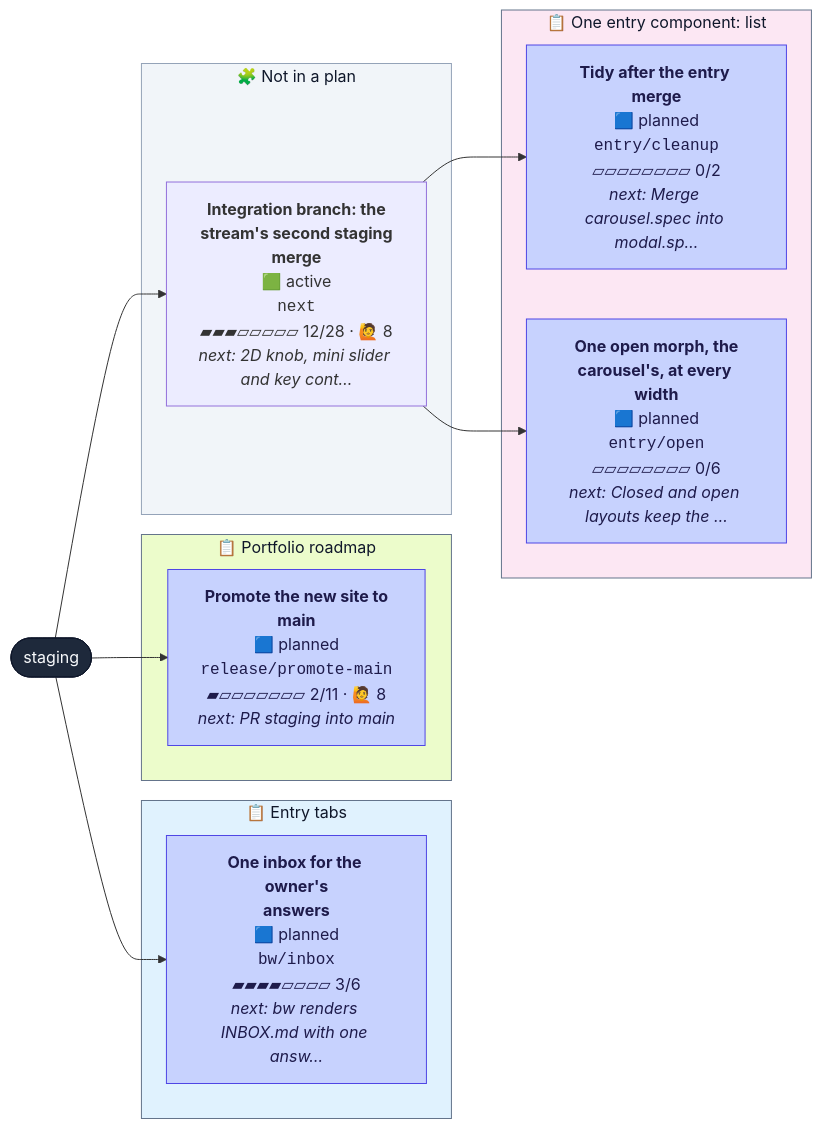
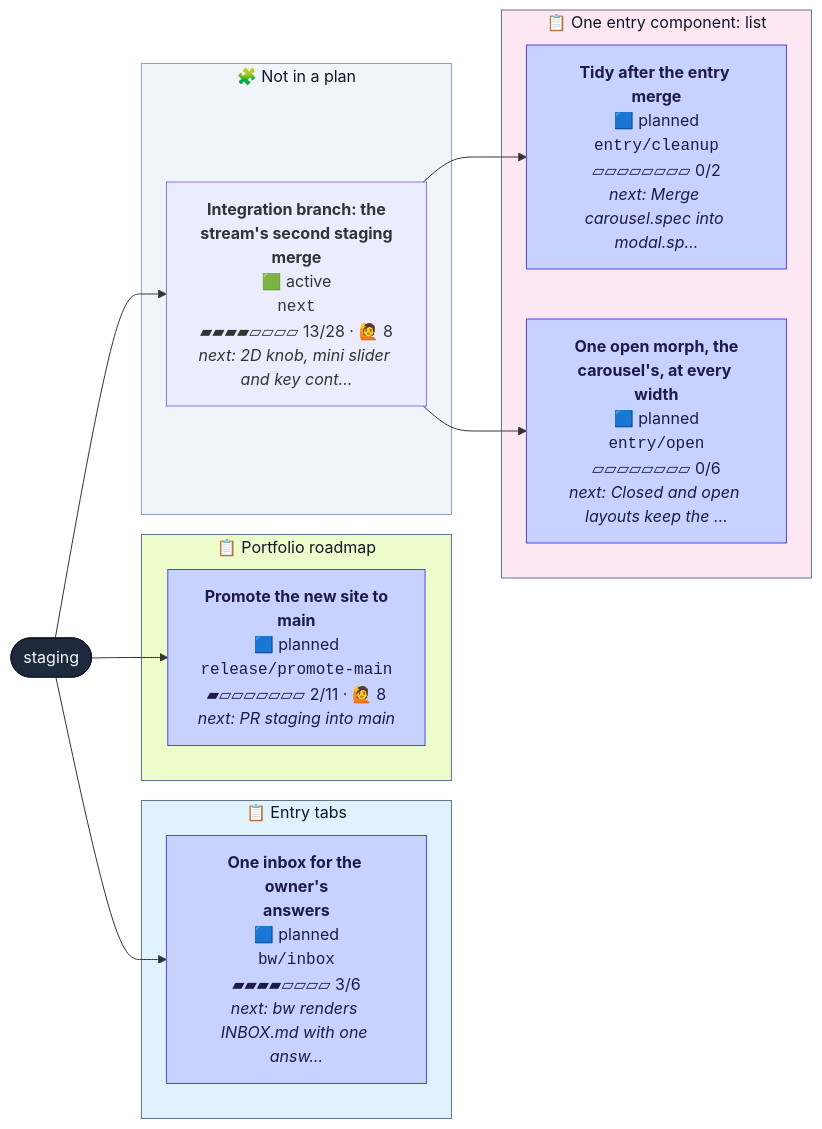
The diagram in CONTRIBUTING.md (henryjonescodes/portfolio), drawn with Mermaid before and after one commit. The commit also changed other lines of this file, not shown here.

````diff
--- a/CONTRIBUTING.md
+++ b/CONTRIBUTING.md
@@ -16,38 +16,38 @@
 ```mermaid
 flowchart LR
   n_staging([staging])
   class n_staging trunk
   subgraph plan_0["📋 Entry tabs"]
     n_bw_inbox["<b>One inbox for the owner's<br/>answers</b><br/>🟦 planned<br/><code>bw/inbox</code><br/>▰▰▰▰▱▱▱▱ 3/6<br/><i>next: bw renders INBOX.md with one answ…</i>"]
     class n_bw_inbox planned
   end
   style plan_0 fill:#e0f2fe,stroke:#64748b,color:#0f172a
   subgraph plan_1["📋 One entry component: list"]
     n_entry_cleanup["<b>Tidy after the entry merge</b><br/>🟦 planned<br/><code>entry/cleanup</code><br/>▱▱▱▱▱▱▱▱ 0/2<br/><i>next: Merge carousel.spec into modal.sp…</i>"]
     class n_entry_cleanup planned
     n_entry_open["<b>One open morph, the<br/>carousel's, at every width</b><br/>🟦 planned<br/><code>entry/open</code><br/>▱▱▱▱▱▱▱▱ 0/6<br/><i>next: Closed and open layouts keep the …</i>"]
     class n_entry_open planned
   end
   style plan_1 fill:#fce7f3,stroke:#64748b,color:#0f172a
   subgraph plan_2["📋 Portfolio roadmap"]
     n_release_promote_main["<b>Promote the new site to<br/>main</b><br/>🟦 planned<br/><code>release/promote-main</code><br/>▰▱▱▱▱▱▱▱ 2/11 · 🙋 8<br/><i>next: PR staging into main</i>"]
     class n_release_promote_main planned
   end
   style plan_2 fill:#ecfccb,stroke:#64748b,color:#0f172a
   subgraph loose["🧩 Not in a plan"]
-    n_next["<b>Integration branch: the<br/>stream's second staging<br/>merge</b><br/>🟩 active<br/><code>next</code><br/>▰▰▰▱▱▱▱▱ 12/28 · 🙋 8<br/><i>next: 2D knob, mini slider and key cont…</i>"]
+    n_next["<b>Integration branch: the<br/>stream's second staging<br/>merge</b><br/>🟩 active<br/><code>next</code><br/>▰▰▰▰▱▱▱▱ 13/28 · 🙋 8<br/><i>next: 2D knob, mini slider and key cont…</i>"]
     class n_next active,current
   end
   style loose fill:#f1f5f9,stroke:#94a3b8,color:#0f172a
   n_staging --> n_bw_inbox
   n_next --> n_entry_cleanup
   n_next --> n_entry_open
   n_staging --> n_next
   n_staging --> n_release_promote_main
   classDef planned fill:#c7d2fe,stroke:#4f46e5,color:#1e1b4b
   classDef active fill:#bbf7d0,stroke:#16a34a,stroke-width:3px,color:#052e16
   classDef review fill:#fde68a,stroke:#d97706,stroke-width:3px,color:#451a03
   classDef blocked fill:#fecaca,stroke:#dc2626,stroke-width:3px,color:#450a0a
   classDef trunk fill:#1e293b,stroke:#0f172a,color:#f8fafc
   classDef current stroke:#0ea5e9,stroke-width:5px
 ```
````
